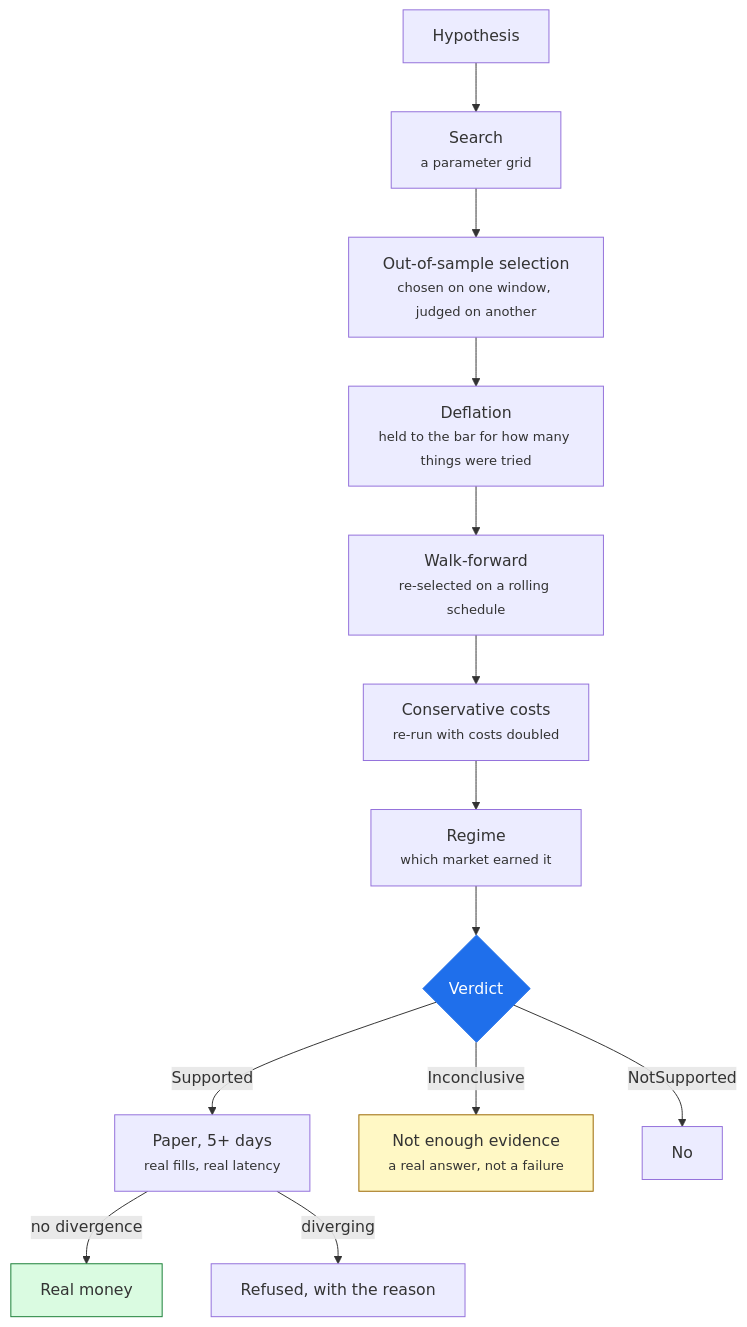
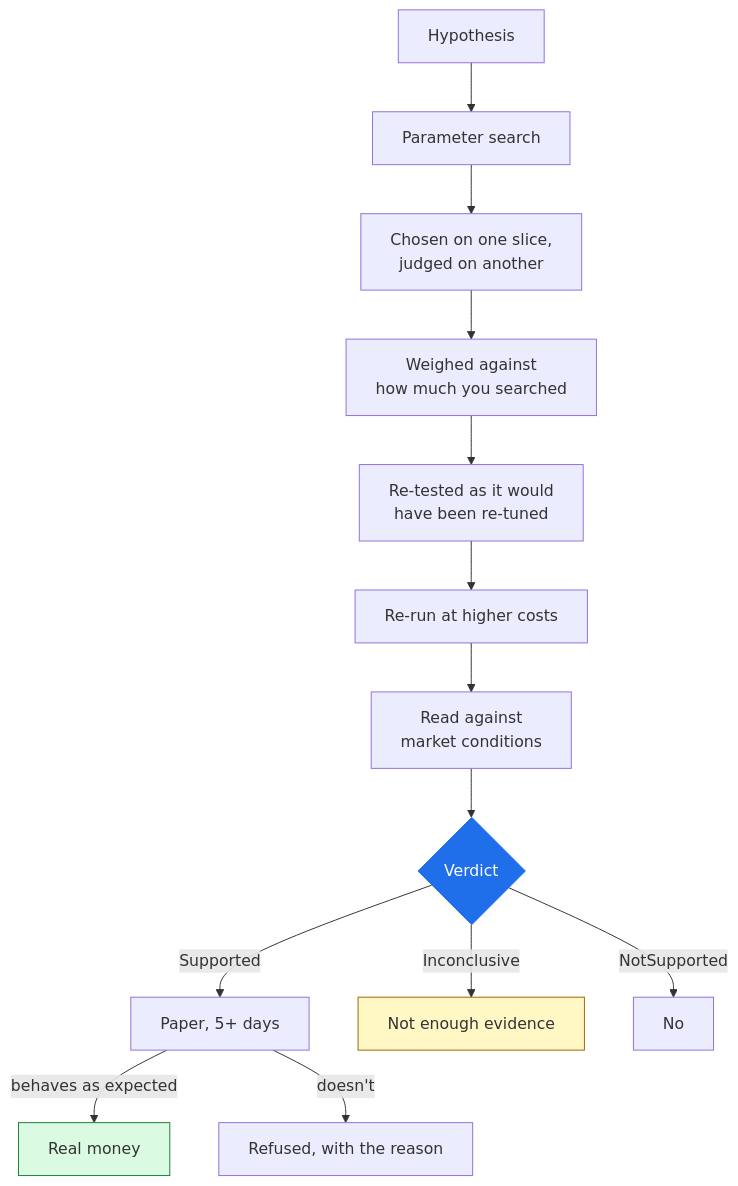
Before and after one commit to wjpin84/arvo-docs: the diagram in docs/concepts/index.md, drawn with Mermaid. The commit also changed other lines of this file and 13 other files, not shown here.

````diff
--- a/docs/concepts/index.md
+++ b/docs/concepts/index.md
@@ -38,19 +31,19 @@
 ```mermaid
 flowchart TD
-    H["Hypothesis"] --> S["Search<br/><small>a parameter grid</small>"]
-    S --> OOS["Out-of-sample selection<br/><small>chosen on one window, judged on another</small>"]
-    OOS --> D["Deflation<br/><small>held to the bar for how many things were tried</small>"]
-    D --> WF["Walk-forward<br/><small>re-selected on a rolling schedule</small>"]
-    WF --> C["Conservative costs<br/><small>re-run with costs doubled</small>"]
-    C --> R["Regime<br/><small>which market earned it</small>"]
+    H["Hypothesis"] --> S["Parameter search"]
+    S --> OOS["Chosen on one slice,<br/>judged on another"]
+    OOS --> D["Weighed against<br/>how much you searched"]
+    D --> WF["Re-tested as it would<br/>have been re-tuned"]
+    WF --> C["Re-run at higher costs"]
+    C --> R["Read against<br/>market conditions"]
     R --> V{"Verdict"}
-    V -->|"Supported"| P["Paper, 5+ days<br/><small>real fills, real latency</small>"]
-    V -->|"Inconclusive"| N["Not enough evidence<br/><small>a real answer, not a failure</small>"]
+    V -->|"Supported"| P["Paper, 5+ days"]
+    V -->|"Inconclusive"| N["Not enough evidence"]
     V -->|"NotSupported"| N2["No"]
-    P -->|"no divergence"| L["Real money"]
-    P -->|"diverging"| N3["Refused, with the reason"]
+    P -->|"behaves as expected"| L["Real money"]
+    P -->|"doesn't"| N3["Refused, with the reason"]
 
     style V fill:#1f6feb,stroke:#1f6feb,color:#fff
     style L fill:#dafbe1,stroke:#1a7f37
     style N fill:#fff8c5,stroke:#9a6700
 ```
````
